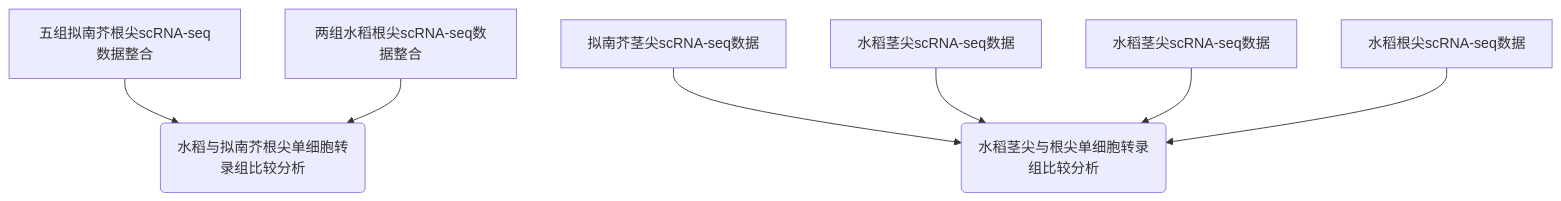
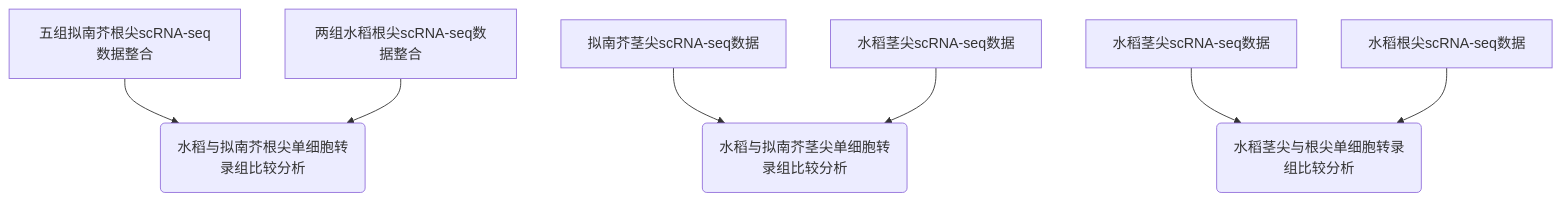
Before and after one commit to wenkaiyan-kevin/Graduation-Thesis: the third of 3 diagrams in README.md, drawn with Mermaid.

````diff
--- a/README.md
+++ b/README.md
@@ -157,11 +157,11 @@
 ```mermaid
         graph TD
                 A1[五组拟南芥根尖scRNA-seq数据整合] --> C1(水稻与拟南芥根尖单细胞转录组比较分析)
                 A2[两组水稻根尖scRNA-seq数据整合] --> C1(水稻与拟南芥根尖单细胞转录组比较分析)
 
                 A3[拟南芥茎尖scRNA-seq数据] --> C2(水稻与拟南芥茎尖单细胞转录组比较分析)
                 A4[水稻茎尖scRNA-seq数据] --> C2(水稻与拟南芥茎尖单细胞转录组比较分析)
 
-                A5[水稻茎尖scRNA-seq数据] --> C2(水稻茎尖与根尖单细胞转录组比较分析)
-                A6[水稻根尖scRNA-seq数据] --> C2(水稻茎尖与根尖单细胞转录组比较分析)
+                A5[水稻茎尖scRNA-seq数据] --> C3(水稻茎尖与根尖单细胞转录组比较分析)
+                A6[水稻根尖scRNA-seq数据] --> C3(水稻茎尖与根尖单细胞转录组比较分析)
 ```
````
